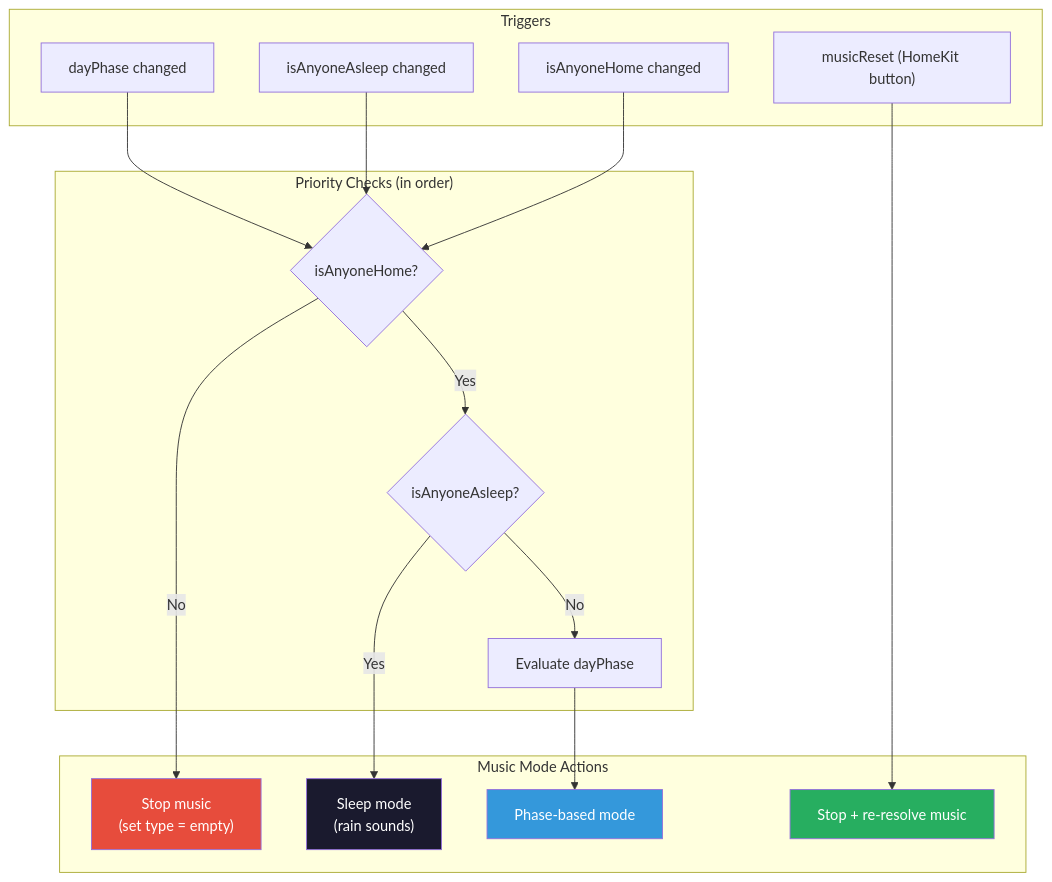
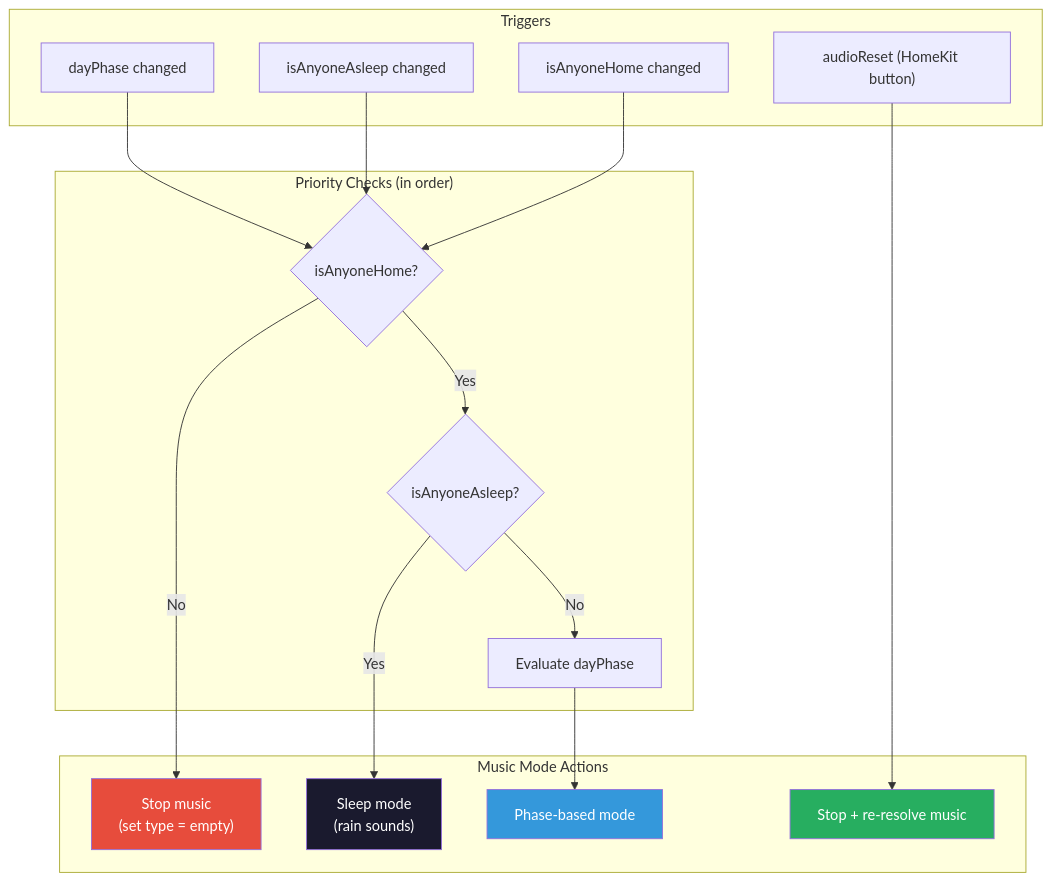
One commit to NickBorgers/home-automation changed the first of 7 diagrams in docs/flows/MUSIC_PLAYBACK.md. Above: the diagram before and after it, drawn with Mermaid. The commit also changed 14 other files, not shown here.

First line of the commit message:
Rename Music Reset to Audio Reset so Siri stops playing music (#1423)

````diff
--- a/docs/flows/MUSIC_PLAYBACK.md
+++ b/docs/flows/MUSIC_PLAYBACK.md
@@ -27,38 +27,38 @@
 ```mermaid
 flowchart TD
     subgraph Triggers["Triggers"]
         dayPhase["dayPhase changed"]
         isAnyoneAsleep["isAnyoneAsleep changed"]
         isAnyoneHome["isAnyoneHome changed"]
-        musicReset["musicReset (HomeKit button)"]
+        audioReset["audioReset (HomeKit button)"]
     end
 
     subgraph Priority["Priority Checks (in order)"]
         checkHome{"isAnyoneHome?"}
         checkSleep{"isAnyoneAsleep?"}
         checkPhase["Evaluate dayPhase"]
     end
 
     subgraph Actions["Music Mode Actions"]
         stopMusic["Stop music<br/>(set type = empty)"]
         sleepMode["Sleep mode<br/>(rain sounds)"]
         phaseMode["Phase-based mode"]
         resetAction["Stop + re-resolve music"]
     end
 
     dayPhase --> checkHome
     isAnyoneAsleep --> checkHome
     isAnyoneHome --> checkHome
-    musicReset --> resetAction
+    audioReset --> resetAction
 
     checkHome -->|No| stopMusic
     checkHome -->|Yes| checkSleep
     checkSleep -->|Yes| sleepMode
     checkSleep -->|No| checkPhase
     checkPhase --> phaseMode
 
     style stopMusic fill:#e74c3c,color:#fff
     style sleepMode fill:#1a1a2e,color:#fff
     style phaseMode fill:#3498db,color:#fff
     style resetAction fill:#27ae60,color:#fff
 ```
````
